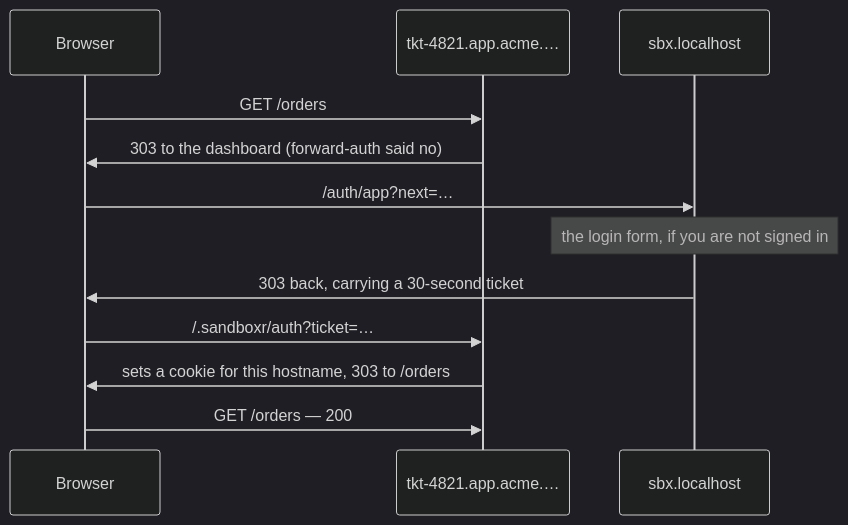
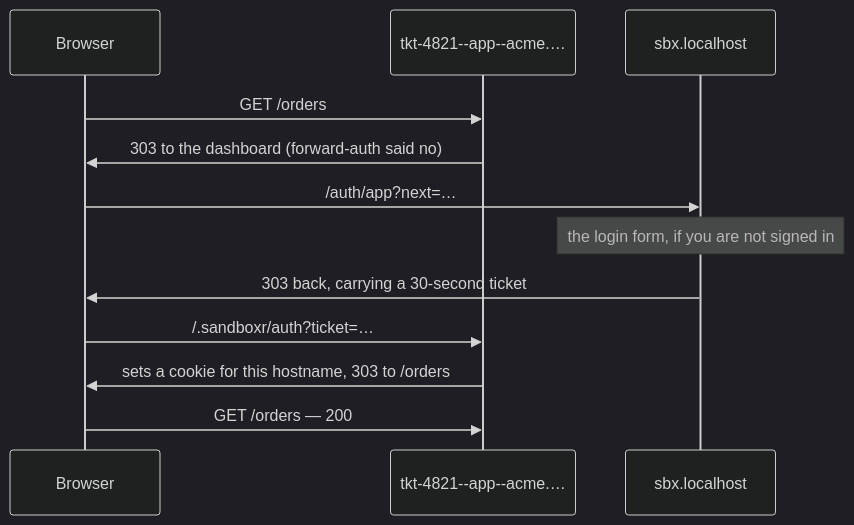
Before and after one commit to mattmoran56/sandboxer-core: the second of 2 diagrams in docs/access.md, drawn with Mermaid (dark theme). The commit also changed other lines of this file and 43 other files, not shown here.

````diff
--- a/docs/access.md
+++ b/docs/access.md
@@ -178,14 +178,14 @@
 ```mermaid
 sequenceDiagram
   participant B as Browser
-  participant A as tkt-4821.app.acme.…
+  participant A as tkt-4821--app--acme.…
   participant D as sbx.localhost
   B->>A: GET /orders
   A->>B: 303 to the dashboard (forward-auth said no)
   B->>D: /auth/app?next=…
   Note over D: the login form, if you are not signed in
   D->>B: 303 back, carrying a 30-second ticket
   B->>A: /.sandboxr/auth?ticket=…
   A->>B: sets a cookie for this hostname, 303 to /orders
   B->>A: GET /orders — 200
 ```
````
